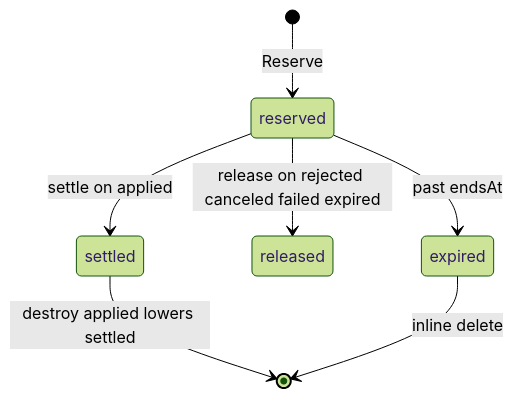
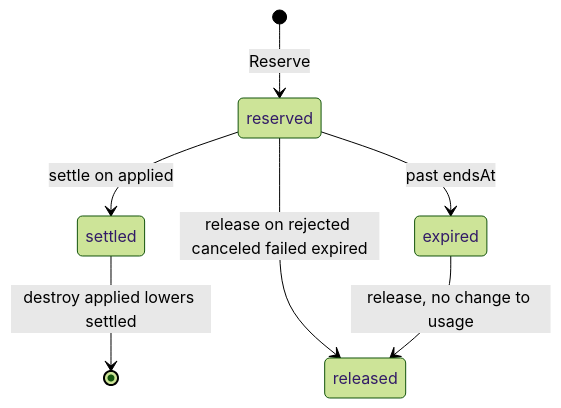
One commit to OpenDustpan/OpenDustpan changed the second of 2 diagrams in openspec/changes/add-sql-adapter-quota-counter/design.md. Above: the diagram before and after it, drawn with Mermaid (forest theme). The commit also changed other lines of this file and 245 other files, not shown here.

````diff
--- a/openspec/changes/add-sql-adapter-quota-counter/design.md
+++ b/openspec/changes/add-sql-adapter-quota-counter/design.md
@@ -51,9 +51,9 @@
 ```mermaid
 stateDiagram-v2
 [*] --> reserved: Reserve
 reserved --> settled: settle on applied
 reserved --> released: release on rejected canceled failed expired
 reserved --> expired: past endsAt
 settled --> [*]: destroy applied lowers settled
-expired --> [*]: inline delete
+expired --> released: release, no change to usage
 ```
````
